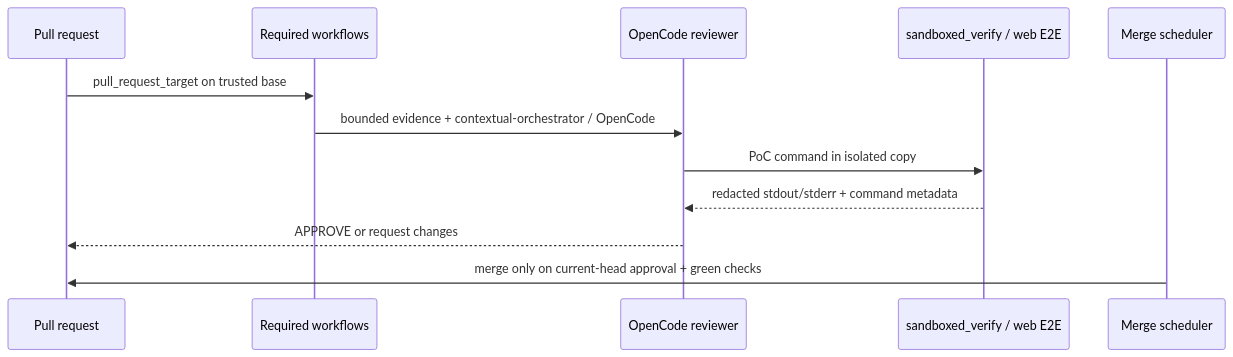
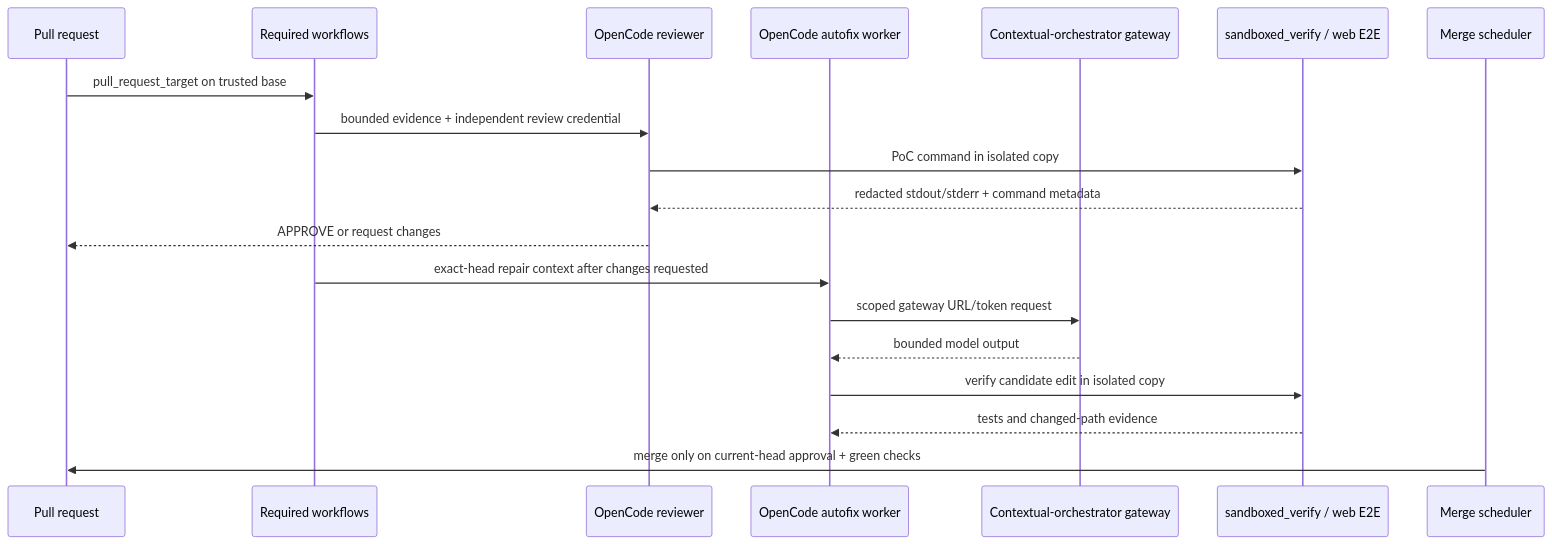
The third of 3 diagrams in ARCHITECTURE.md (ContextualWisdomLab/.github), drawn with Mermaid before and after one commit. The commit also changed 3 other files, not shown here.

````diff
--- a/ARCHITECTURE.md
+++ b/ARCHITECTURE.md
@@ -77,15 +77,22 @@
 ```mermaid
 sequenceDiagram
   participant PR as Pull request
   participant RW as Required workflows
   participant OC as OpenCode reviewer
+  participant AW as OpenCode autofix worker
+  participant GW as Contextual-orchestrator gateway
   participant SV as sandboxed_verify / web E2E
   participant MS as Merge scheduler
 
   PR->>RW: pull_request_target on trusted base
-  RW->>OC: bounded evidence + contextual-orchestrator / OpenCode
+  RW->>OC: bounded evidence + independent review credential
   OC->>SV: PoC command in isolated copy
   SV-->>OC: redacted stdout/stderr + command metadata
   OC-->>PR: APPROVE or request changes
+  RW->>AW: exact-head repair context after changes requested
+  AW->>GW: scoped gateway URL/token request
+  GW-->>AW: bounded model output
+  AW->>SV: verify candidate edit in isolated copy
+  SV-->>AW: tests and changed-path evidence
   MS->>PR: merge only on current-head approval + green checks
 ```
````
